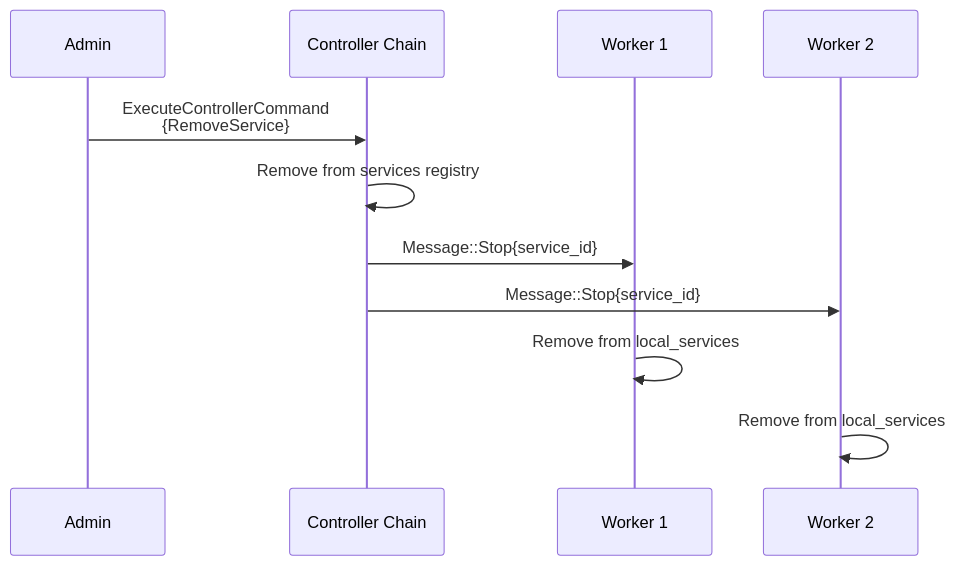
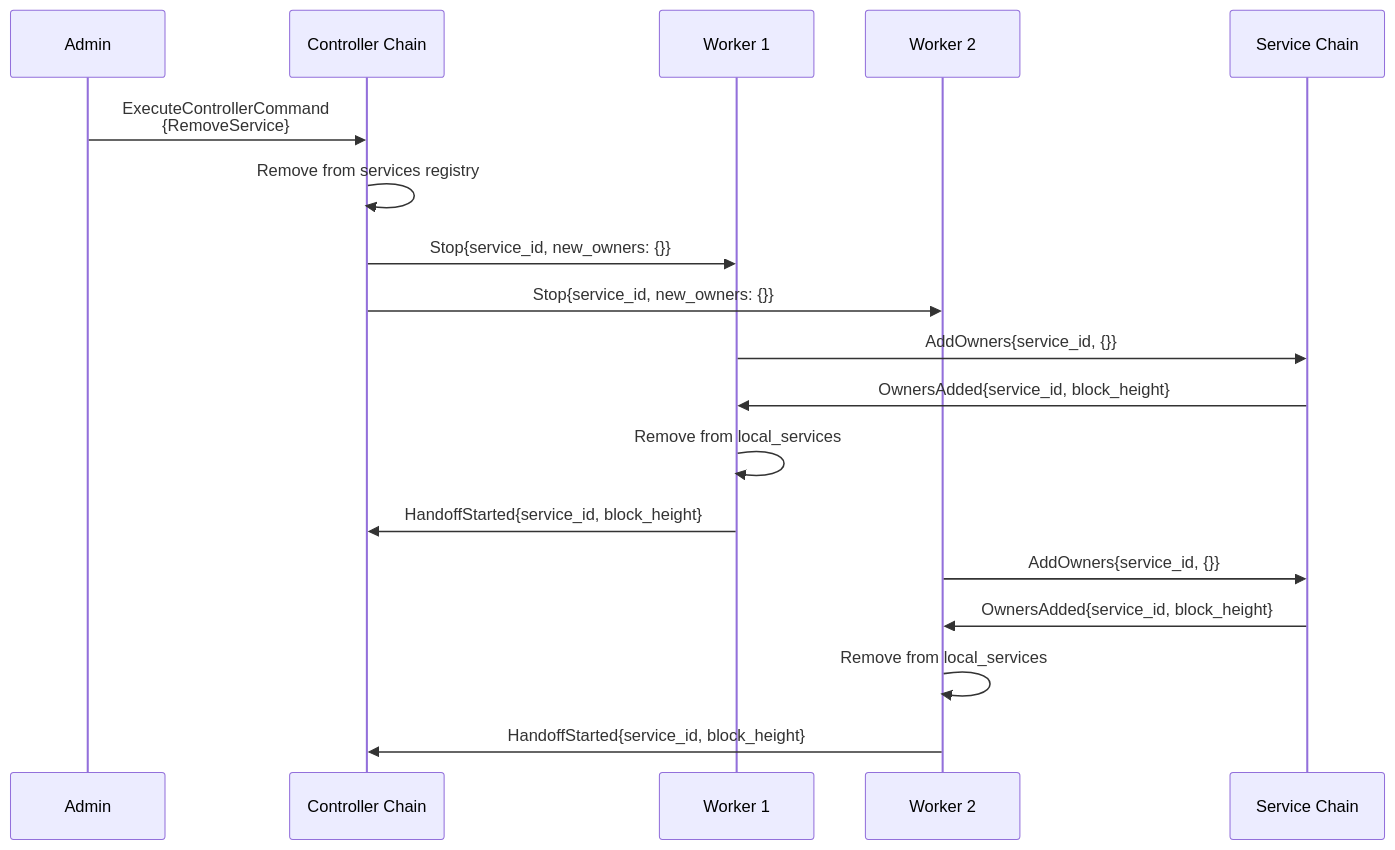
Before and after one commit to linera-io/linera-protocol: the fifth of 5 diagrams in examples/controller/README.md, drawn with Mermaid. The commit also changed other lines of this file and 7 other files, not shown here.

First line of the commit message:
Adjust service chain ownership when reassigning services between workers (#5435)

````diff
--- a/examples/controller/README.md
+++ b/examples/controller/README.md
@@ -103,13 +145,22 @@
 ```mermaid
 sequenceDiagram
     participant A as Admin
     participant C as Controller Chain
     participant W1 as Worker 1
     participant W2 as Worker 2
+    participant S as Service Chain
     A->>C: ExecuteControllerCommand<br/>{RemoveService}
     C->>C: Remove from services registry
-    C->>W1: Message::Stop{service_id}
-    C->>W2: Message::Stop{service_id}
+    C->>W1: Stop{service_id, new_owners: {}}
+    C->>W2: Stop{service_id, new_owners: {}}
+
+    W1->>S: AddOwners{service_id, {}}
+    S->>W1: OwnersAdded{service_id, block_height}
     W1->>W1: Remove from local_services
+    W1->>C: HandoffStarted{service_id, block_height}
+
+    W2->>S: AddOwners{service_id, {}}
+    S->>W2: OwnersAdded{service_id, block_height}
     W2->>W2: Remove from local_services
+    W2->>C: HandoffStarted{service_id, block_height}
 ```
````
